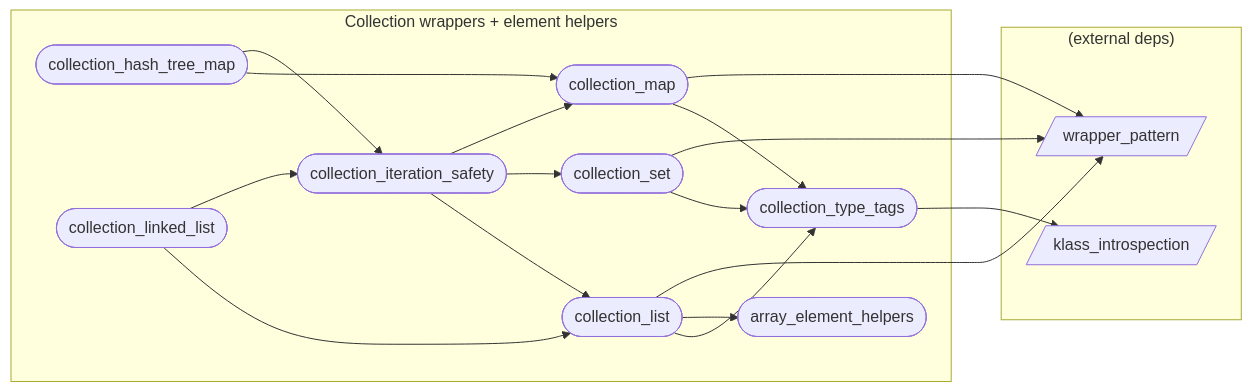
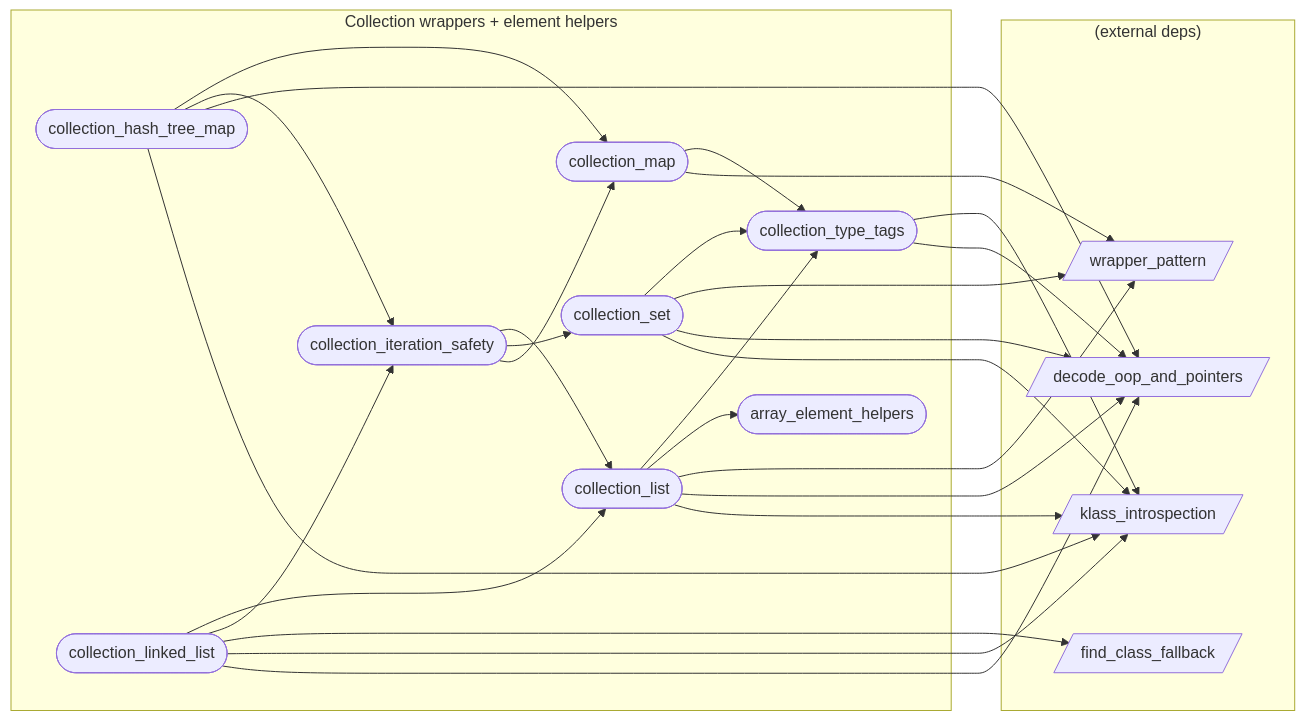
Before and after one commit to xxxnpno/VMHook: the diagram in audit/graph/categories/collection.md, drawn with Mermaid. The commit also changed other lines of this file and 89 other files, not shown here.

````diff
--- a/audit/graph/categories/collection.md
+++ b/audit/graph/categories/collection.md
@@ -25,32 +25,44 @@
 ```mermaid
 flowchart LR
   subgraph collection["Collection wrappers + element helpers"]
     array_element_helpers([array_element_helpers])
     collection_hash_tree_map([collection_hash_tree_map])
     collection_iteration_safety([collection_iteration_safety])
     collection_linked_list([collection_linked_list])
     collection_list([collection_list])
     collection_map([collection_map])
     collection_set([collection_set])
     collection_type_tags([collection_type_tags])
   end
   subgraph external["(external deps)"]
+    decode_oop_and_pointers[/decode_oop_and_pointers/]
+    find_class_fallback[/find_class_fallback/]
     klass_introspection[/klass_introspection/]
     wrapper_pattern[/wrapper_pattern/]
   end
   collection_hash_tree_map --> collection_map
   collection_hash_tree_map --> collection_iteration_safety
+  collection_hash_tree_map --> decode_oop_and_pointers
+  collection_hash_tree_map --> klass_introspection
   collection_iteration_safety --> collection_list
   collection_iteration_safety --> collection_set
   collection_iteration_safety --> collection_map
   collection_linked_list --> collection_list
   collection_linked_list --> collection_iteration_safety
+  collection_linked_list --> find_class_fallback
+  collection_linked_list --> klass_introspection
+  collection_linked_list --> decode_oop_and_pointers
   collection_list --> collection_type_tags
   collection_list --> array_element_helpers
   collection_list --> wrapper_pattern
+  collection_list --> decode_oop_and_pointers
+  collection_list --> klass_introspection
   collection_map --> collection_type_tags
   collection_map --> wrapper_pattern
   collection_set --> collection_type_tags
   collection_set --> wrapper_pattern
+  collection_set --> decode_oop_and_pointers
+  collection_set --> klass_introspection
   collection_type_tags --> klass_introspection
+  collection_type_tags --> decode_oop_and_pointers
 ```
````
